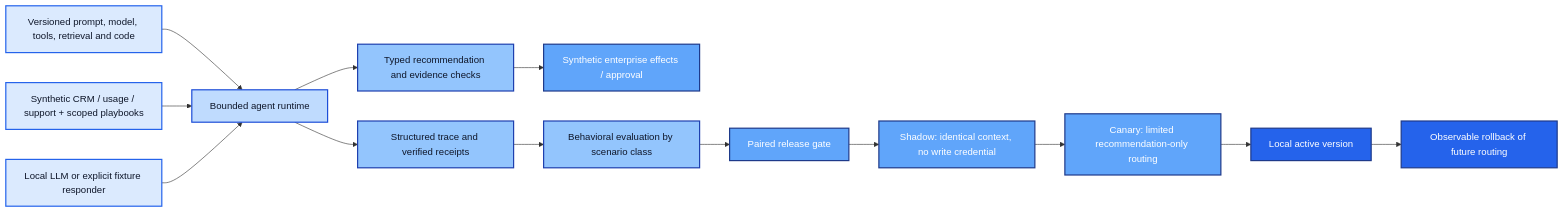
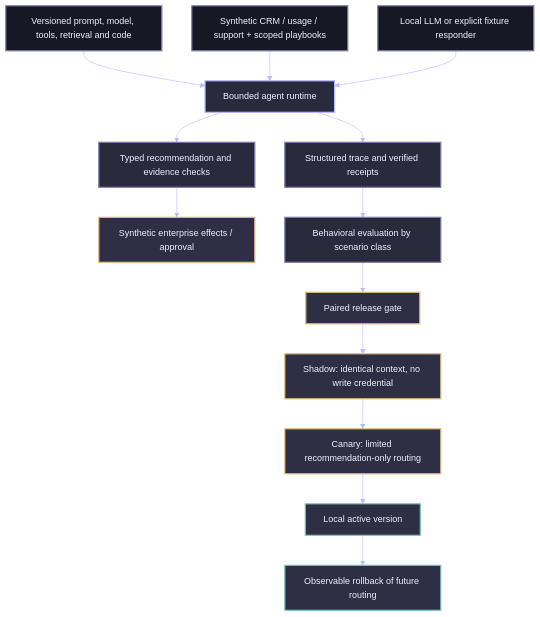
The diagram in README.md (rlbsem/enterprise-agent-runtime-evaluation), drawn with Mermaid before and after one commit. The commit also changed 2 other files, not shown here.

Commit message:
Apply Groundbreakers engineering diagram palette (#1)
* Apply Groundbreakers visual theme to generated results and architecture

* Improve GitHub diagram readability using vertical flow layout

````diff
--- a/README.md
+++ b/README.md
@@ -17,27 +17,28 @@
 ```mermaid
-flowchart LR
+%%{init: {"theme":"base","themeVariables":{"background":"#10101D","primaryColor":"#2A2A3D","primaryTextColor":"#F0F0FF","primaryBorderColor":"#7C7CAF","lineColor":"#B8B8FF","textColor":"#F0F0FF","secondaryColor":"#181825","tertiaryColor":"#2E2E45","fontFamily":"IBM Plex Sans, Arial, sans-serif","fontSize":"15px","edgeLabelBackground":"#10101D"}}}%%
+flowchart TB
   V[Versioned prompt, model, tools, retrieval and code] --> R[Bounded agent runtime]
   C[Synthetic CRM / usage / support + scoped playbooks] --> R
   M[Local LLM or explicit fixture responder] --> R
   R --> T[Typed recommendation and evidence checks]
   T --> E[Synthetic enterprise effects / approval]
   R --> O[Structured trace and verified receipts]
   O --> Q[Behavioral evaluation by scenario class]
   Q --> G[Paired release gate]
   G --> S[Shadow: identical context, no write credential]
   S --> K[Canary: limited recommendation-only routing]
   K --> P[Local active version]
   P --> B[Observable rollback of future routing]
 
-  classDef input fill:#dbeafe,stroke:#2563eb,color:#0f172a,stroke-width:2px;
-  classDef foundation fill:#bfdbfe,stroke:#1d4ed8,color:#0f172a,stroke-width:2px;
-  classDef process fill:#93c5fd,stroke:#1e40af,color:#0f172a,stroke-width:2px;
-  classDef control fill:#60a5fa,stroke:#1e3a8a,color:#ffffff,stroke-width:2px;
-  classDef output fill:#2563eb,stroke:#1e3a8a,color:#ffffff,stroke-width:2px;
+  classDef input fill:#181825,stroke:#7C7CAF,color:#F0F0FF,stroke-width:2px;
+  classDef foundation fill:#2A2A3D,stroke:#B8B8FF,color:#F0F0FF,stroke-width:2px;
+  classDef process fill:#2A2A3D,stroke:#7C7CAF,color:#F0F0FF,stroke-width:2px;
+  classDef control fill:#2E2E45,stroke:#E3BC7F,color:#F0F0FF,stroke-width:2px;
+  classDef output fill:#2E2E45,stroke:#81C5B0,color:#F0F0FF,stroke-width:2px;
 
   class V,C,M input;
   class R foundation;
   class T,O,Q process;
   class E,G,S,K control;
   class P,B output;
 ```
````
